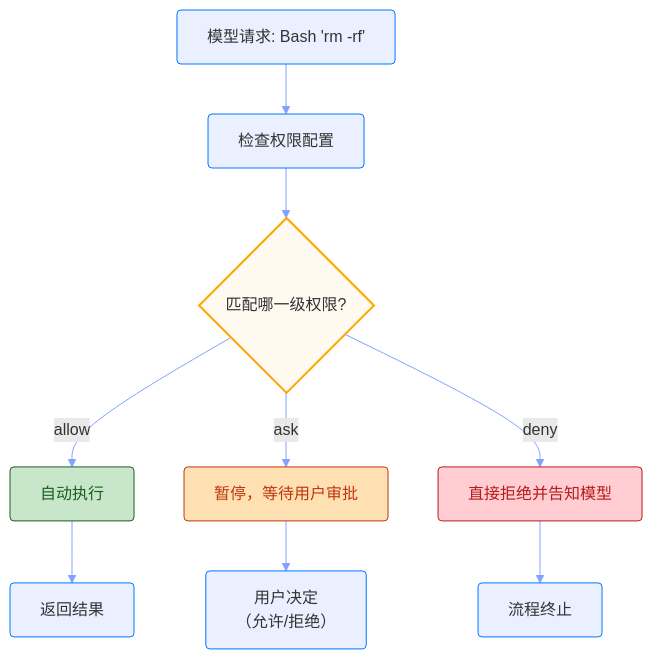
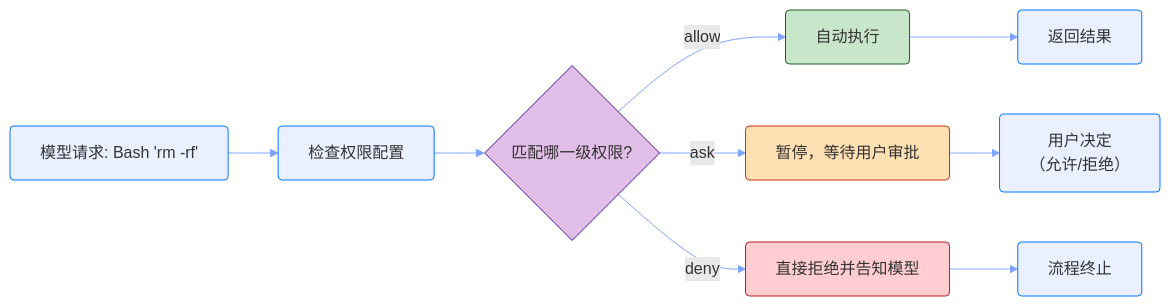
One commit to youngluo/thinking changed the third of 4 diagrams in apps/docs/experiences/Agent/Harness.md. Above: the diagram before and after it, drawn with Mermaid. The commit also changed other lines of this file and 15 other files, not shown here.

````diff
--- a/apps/docs/experiences/Agent/Harness.md
+++ b/apps/docs/experiences/Agent/Harness.md
@@ -158,28 +155,28 @@
 ```mermaid
 %%{init: {'themeVariables': {'lineColor': '#7fa3ff'}}}%%
-graph TD
+graph LR
     A[模型请求: Bash 'rm -rf']
     B[检查权限配置]
     C{匹配哪一级权限?}
     D[自动执行]
     E[暂停，等待用户审批]
     F[直接拒绝并告知模型]
     G[返回结果]
     H[用户决定<br>（允许/拒绝）]
     I[流程终止]
 
     A --> B --> C
     C -->|allow| D --> G
     C -->|ask| E --> H
     C -->|deny| F --> I
 
     style A fill:#7fa3ff29,stroke:#07f,stroke-width:1px,rx:4,ry:4
     style B fill:#7fa3ff29,stroke:#07f,stroke-width:1px,rx:4,ry:4
-    style C fill:#fffaf0,stroke:#ffa500,stroke-width:2px,color:#333,rx:4,ry:4
-    style D fill:#c8e6c9,stroke:#1b5e20,stroke-width:1px,color:#1b5e20,rx:4,ry:4
-    style E fill:#ffe0b2,stroke:#bf360c,stroke-width:1px,color:#bf360c,rx:4,ry:4
-    style F fill:#ffcdd2,stroke:#b71c1c,stroke-width:1px,color:#b71c1c,rx:4,ry:4
+    style C fill:#e1bee7,stroke:#4a148c,stroke-width:1px,rx:4,ry:4
+    style D fill:#c8e6c9,stroke:#1b5e20,stroke-width:1px,rx:4,ry:4
+    style E fill:#ffe0b2,stroke:#bf360c,stroke-width:1px,rx:4,ry:4
+    style F fill:#ffcdd2,stroke:#b71c1c,stroke-width:1px,rx:4,ry:4
     style G fill:#7fa3ff29,stroke:#07f,stroke-width:1px,rx:4,ry:4
     style H fill:#7fa3ff29,stroke:#07f,stroke-width:1px,rx:4,ry:4
     style I fill:#7fa3ff29,stroke:#07f,stroke-width:1px,rx:4,ry:4
 ```
````
